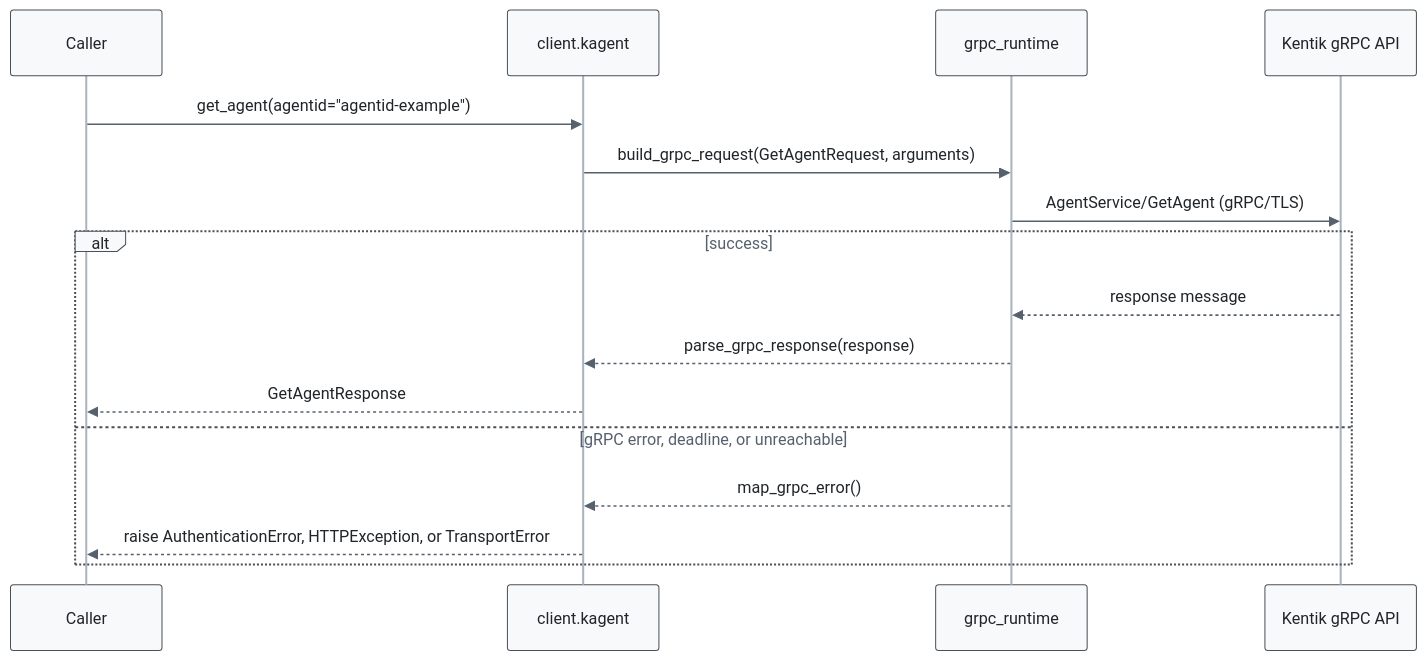
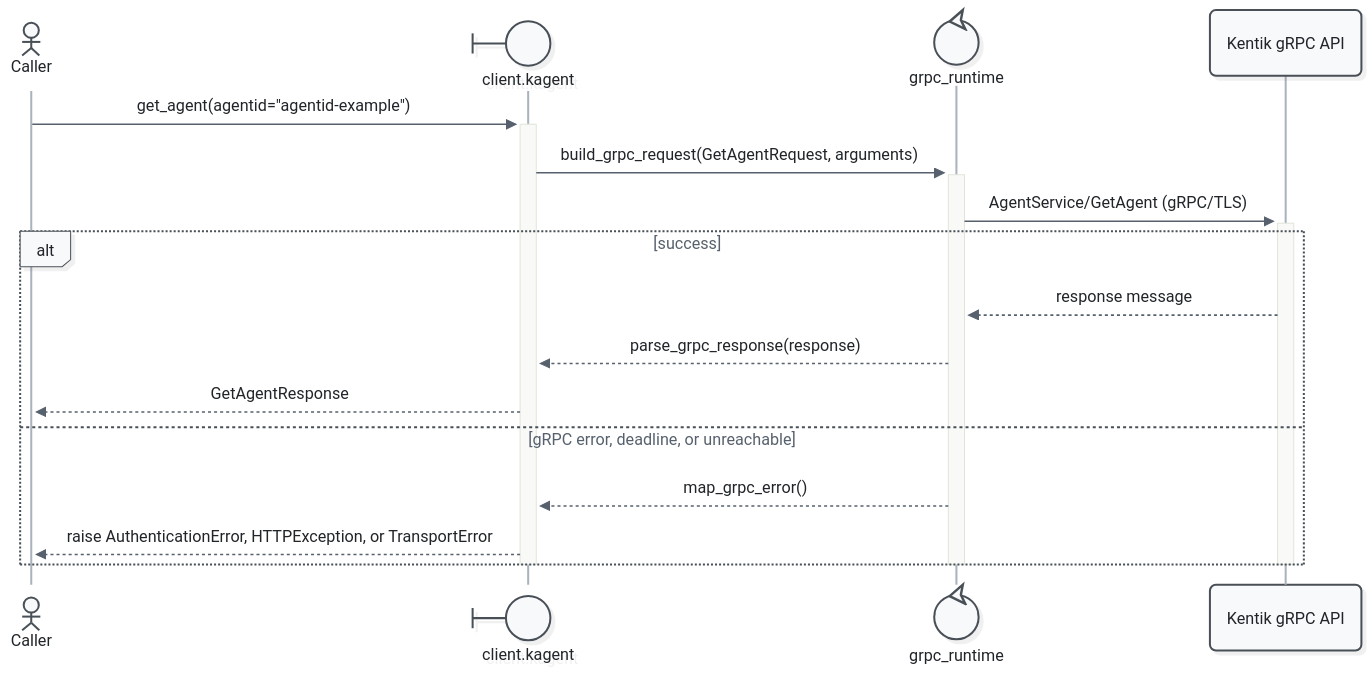
One commit to alexdearaujo/community_sdk_python changed the tenth of 57 diagrams in docs/sphinx/services/kagent.md. Above: the diagram before and after it, drawn with Mermaid. The commit also changed other lines of this file and 52 other files, not shown here.

First line of the commit message:
docs: Mermaid 12 sequence diagrams with participant types and path colors

````diff
--- a/docs/sphinx/services/kagent.md
+++ b/docs/sphinx/services/kagent.md
@@ -372,20 +394,23 @@
 ```mermaid
-%%{init: {"theme": "base", "fontFamily": "ui-monospace, SFMono-Regular, Menlo, monospace", "themeVariables": {"fontFamily": "ui-monospace, SFMono-Regular, Menlo, monospace", "primaryColor": "#f8f9fa", "primaryBorderColor": "#495057", "primaryTextColor": "#212529", "textColor": "#212529", "lineColor": "#77818c", "edgeLabelBackground": "#ffffff", "actorBkg": "#f8f9fa", "actorBorder": "#495057", "actorTextColor": "#212529", "actorLineColor": "#a9b3be", "signalColor": "#57616d", "signalTextColor": "#212529", "labelBoxBkgColor": "#f8f9fa", "labelBoxBorderColor": "#495057", "labelTextColor": "#212529", "loopTextColor": "#57616d", "noteBkgColor": "#fff9db", "noteBorderColor": "#f08c00", "noteTextColor": "#a35a00"}, "flowchart": {"curve": "step", "nodeSpacing": 30, "rankSpacing": 70, "wrappingWidth": 400}}}%%
+%%{init: {"theme": "redux", "look": "neo", "layout": "dagre", "fontFamily": "ui-monospace, SFMono-Regular, Menlo, monospace", "themeVariables": {"fontFamily": "ui-monospace, SFMono-Regular, Menlo, monospace", "primaryColor": "#f8f9fa", "primaryBorderColor": "#495057", "primaryTextColor": "#212529", "textColor": "#212529", "lineColor": "#77818c", "edgeLabelBackground": "#ffffff", "actorBkg": "#f8f9fa", "actorBorder": "#495057", "actorTextColor": "#212529", "actorLineColor": "#a9b3be", "signalColor": "#57616d", "signalTextColor": "#212529", "labelBoxBkgColor": "#f8f9fa", "labelBoxBorderColor": "#495057", "labelTextColor": "#212529", "loopTextColor": "#57616d", "noteBkgColor": "#fff9db", "noteBorderColor": "#f08c00", "noteTextColor": "#a35a00"}, "sequence": {"activationWidth": 16}, "flowchart": {"curve": "step", "nodeSpacing": 30, "rankSpacing": 70, "wrappingWidth": 400}}}%%
 sequenceDiagram
-    participant C as Caller
-    participant W as client.kagent
-    participant R as grpc_runtime
+    actor C as Caller
+    participant W@{ "type": "boundary" } as client.kagent
+    participant R@{ "type": "control" } as grpc_runtime
     participant API as Kentik gRPC API
 
-    C->>W: get_agent(agentid="agentid-example")
-    W->>R: build_grpc_request(GetAgentRequest, arguments)
-    R->>API: AgentService/GetAgent (gRPC/TLS)
+    C->>+W: get_agent(agentid="agentid-example")
+    W->>+R: build_grpc_request(GetAgentRequest, arguments)
+    R->>+API: AgentService/GetAgent (gRPC/TLS)
     alt success
         API-->>R: response message
         R-->>W: parse_grpc_response(response)
         W-->>C: GetAgentResponse
     else gRPC error, deadline, or unreachable
         R-->>W: map_grpc_error()
         W-->>C: raise AuthenticationError, HTTPException, or TransportError
     end
+    deactivate API
+    deactivate R
+    deactivate W
 ```
````
